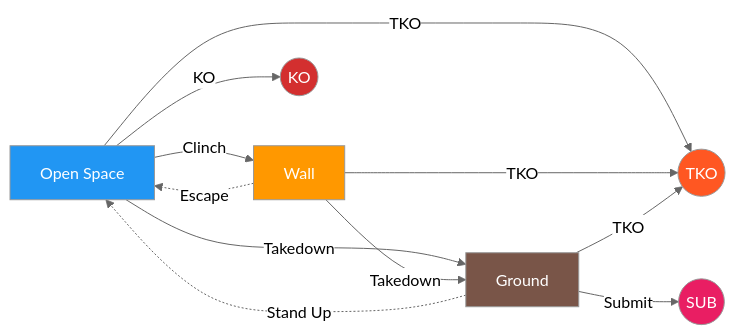
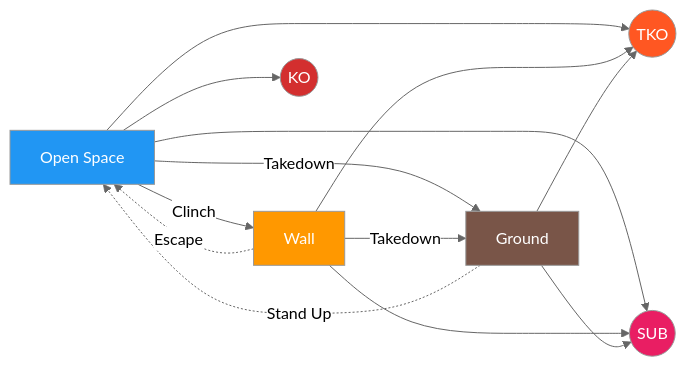
One commit to ACalienes/Ecological-MMA-Game-System changed the diagram in docs/system/map.md. Above: the diagram before and after it, drawn with Mermaid (neutral theme).

Commit message:
Add submission paths from Wall and Open Space to flowchart

````diff
--- a/docs/system/map.md
+++ b/docs/system/map.md
@@ -11,21 +11,23 @@
 ```mermaid
 flowchart LR
     OS[Open Space] -->|Clinch| W[Wall]
     OS -->|Takedown| G[Ground]
     W -->|Takedown| G
     W -.->|Escape| OS
     G -.->|Stand Up| OS
 
-    OS -->|KO| KO((KO))
-    OS -->|TKO| TKO((TKO))
-    W -->|TKO| TKO
-    G -->|TKO| TKO
-    G -->|Submit| SUB((SUB))
+    OS --> KO((KO))
+    OS --> TKO((TKO))
+    OS --> SUB((SUB))
+    W --> TKO
+    W --> SUB
+    G --> TKO
+    G --> SUB
 
     style OS fill:#2196F3,color:#fff
     style W fill:#FF9800,color:#fff
     style G fill:#795548,color:#fff
     style KO fill:#D32F2F,color:#fff
     style TKO fill:#FF5722,color:#fff
     style SUB fill:#E91E63,color:#fff
 ```
````
